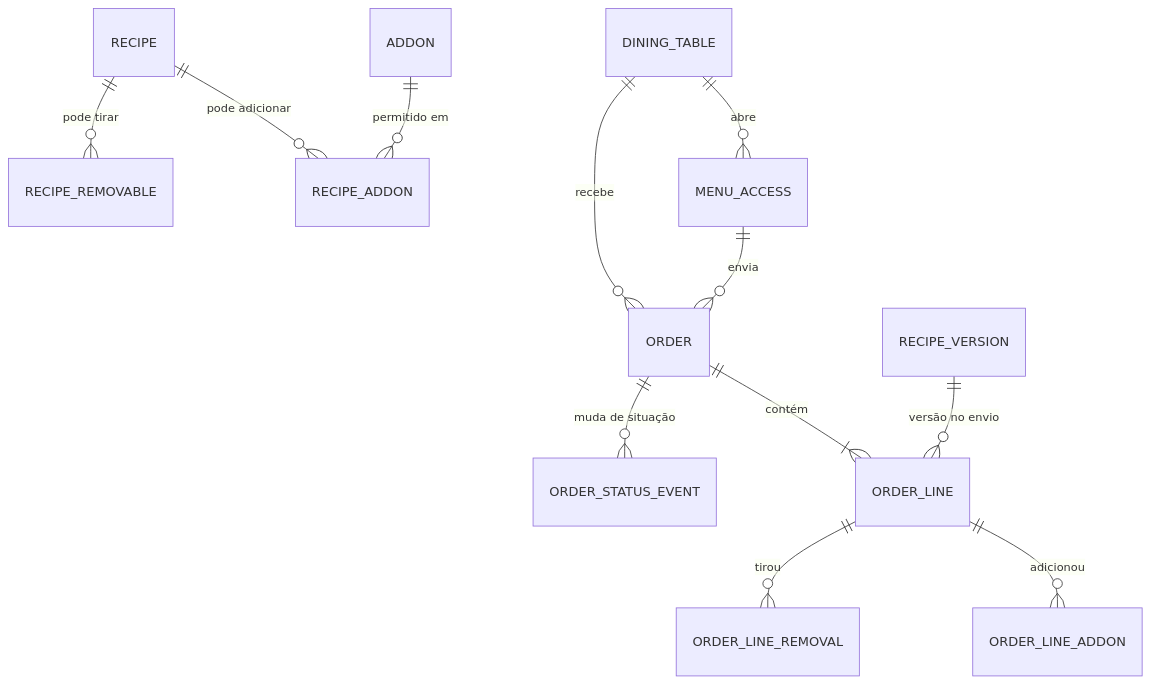
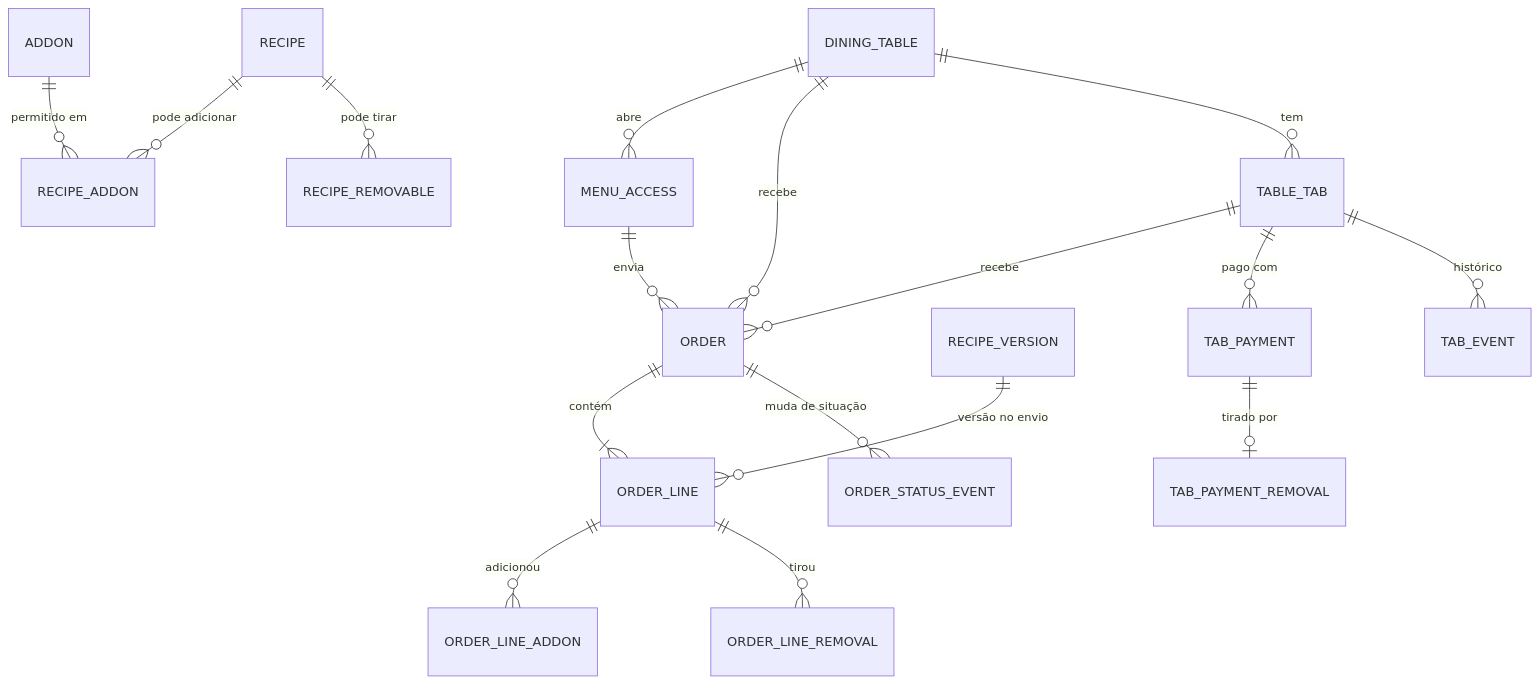
One commit to AdemirSchramm1/Sistema_Restaurante changed the diagram in docs/sistema/pedidos/01-modelo-de-dados.md. Above: the diagram before and after it, drawn with Mermaid. The commit also changed other lines of this file and 7 other files, not shown here.

````diff
--- a/docs/sistema/pedidos/01-modelo-de-dados.md
+++ b/docs/sistema/pedidos/01-modelo-de-dados.md
@@ -8,14 +9,19 @@
 ```mermaid
 erDiagram
   DINING_TABLE ||--o{ MENU_ACCESS : "abre"
   DINING_TABLE ||--o{ ORDER : "recebe"
   MENU_ACCESS ||--o{ ORDER : "envia"
   ORDER ||--|{ ORDER_LINE : contém
   ORDER ||--o{ ORDER_STATUS_EVENT : "muda de situação"
   RECIPE_VERSION ||--o{ ORDER_LINE : "versão no envio"
   ORDER_LINE ||--o{ ORDER_LINE_ADDON : "adicionou"
   ORDER_LINE ||--o{ ORDER_LINE_REMOVAL : "tirou"
   ADDON ||--o{ RECIPE_ADDON : "permitido em"
   RECIPE ||--o{ RECIPE_ADDON : "pode adicionar"
   RECIPE ||--o{ RECIPE_REMOVABLE : "pode tirar"
+  DINING_TABLE ||--o{ TABLE_TAB : "tem"
+  TABLE_TAB ||--o{ ORDER : "recebe"
+  TABLE_TAB ||--o{ TAB_PAYMENT : "pago com"
+  TAB_PAYMENT ||--o| TAB_PAYMENT_REMOVAL : "tirado por"
+  TABLE_TAB ||--o{ TAB_EVENT : "histórico"
 ```
````
